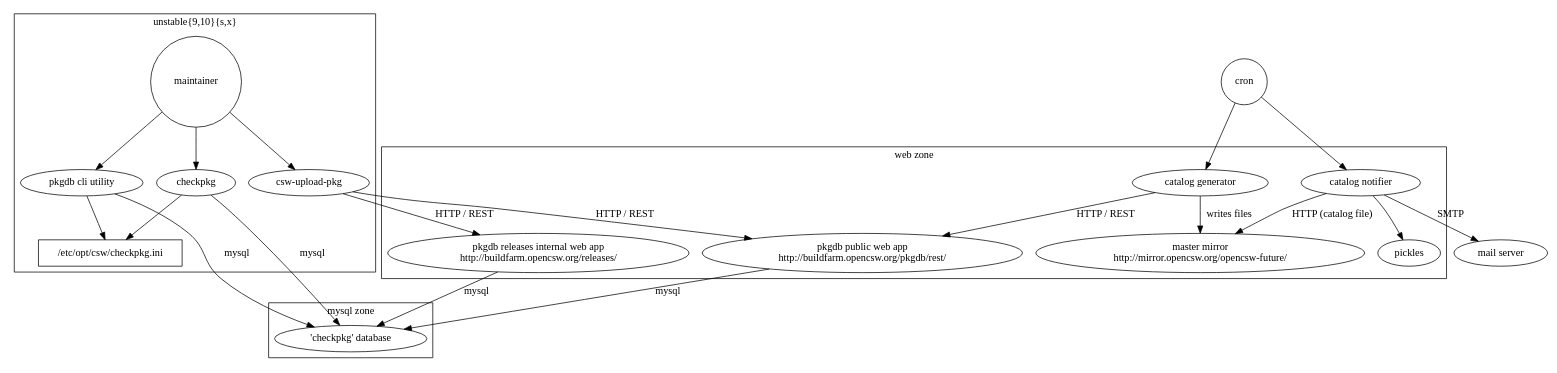
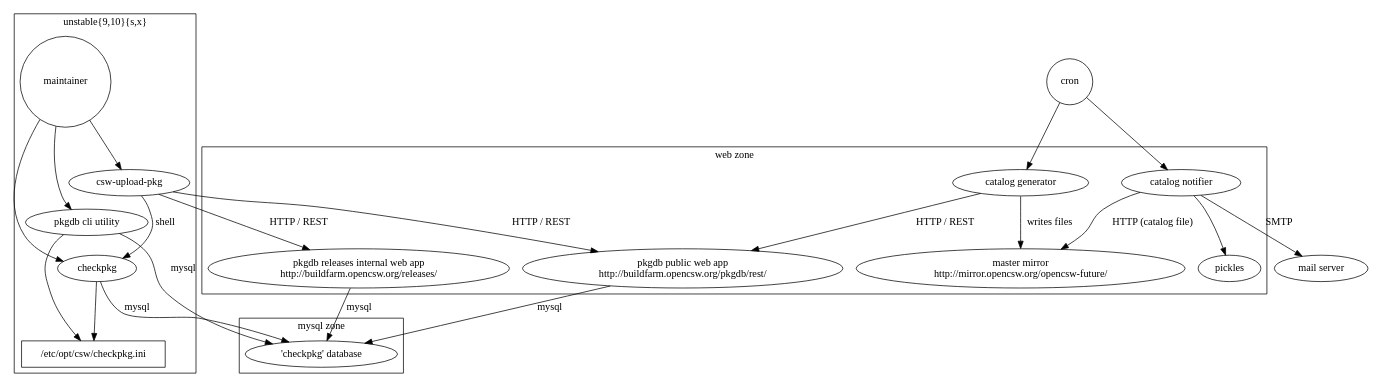
One commit to yannrouillard/gar changed the diagram in doc/connections.dot. Above: the diagram before and after it, drawn with Graphviz.

Commit message:
doc/connections: csw-upload-pkg calls checkpkg

```diff
--- a/doc/connections.dot
+++ b/doc/connections.dot
@@ -1,52 +1,53 @@
 // This diagram shows connections between different components on the
 // buildfarm.
 
 digraph connections {
 	subgraph cluster0 {
 		catalog_generator [label="catalog generator"];
 		catalog_notifier [label="catalog notifier"];
 		catalog_notifier -> mirror [label="HTTP (catalog file)"];
 		mirror [label="master mirror\nhttp://mirror.opencsw.org/opencsw-future/"];
 		catalog_generator -> web_app [label="HTTP / REST"];
 		catalog_generator -> mirror [label="writes files"];
 		{
 			rank = same;
 			web_app [label="pkgdb public web app\nhttp://buildfarm.opencsw.org/pkgdb/rest/"];
 			releases_web_app [label="pkgdb releases internal web app\nhttp://buildfarm.opencsw.org/releases/"];
 		}
 		pickled_files [label="pickles"];
 		catalog_notifier -> pickled_files;
 		label = "web zone";
 	}
 
 	subgraph cluster1 {
 		database [label="'checkpkg' database"];
 		label = "mysql zone";
 	}
 
 	subgraph cluster2 {
 		checkpkg_ini [label="/etc/opt/csw/checkpkg.ini",shape=rectangle];
 		csw_upload_pkg [label="csw-upload-pkg"];
 		pkgdb [label="pkgdb cli utility"];
 		checkpkg;
 		maintainer [shape=circle];
 		maintainer -> csw_upload_pkg;
 		maintainer -> pkgdb;
 		maintainer -> checkpkg;
 		label = "unstable{9,10}{s,x}";
 	}
 	mail_server [label="mail server"];
 	cron [shape=circle];
 	cron -> catalog_generator;
 	cron -> catalog_notifier;
 
 	catalog_notifier -> mail_server [label="SMTP"];
 	checkpkg -> checkpkg_ini;
 	pkgdb -> checkpkg_ini;
 	web_app -> database [label="mysql"];
 	releases_web_app -> database [label="mysql"];
 	checkpkg -> database [label="mysql"];
 	pkgdb -> database [label="mysql"];
 	csw_upload_pkg -> releases_web_app [label="HTTP / REST"];
 	csw_upload_pkg -> web_app [label="HTTP / REST"];
+	csw_upload_pkg -> checkpkg [label="shell"];
 }
```
